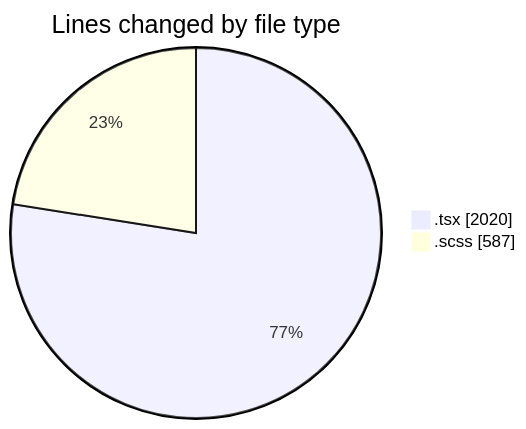
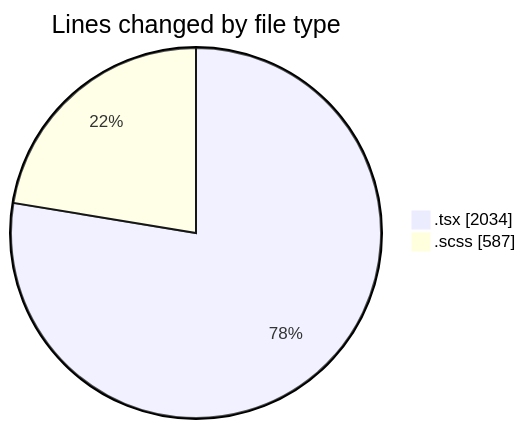
Before and after one commit to momahboobian/code-tracking: the first of 2 diagrams in 2025-04-07/cda/README.md, drawn with Mermaid. The commit also changed other lines of this file and 1 other file, not shown here.

````diff
--- a/2025-04-07/cda/README.md
+++ b/2025-04-07/cda/README.md
@@ -27,6 +27,6 @@
 ```mermaid
 pie showData
 title Lines changed by file type
-".tsx" : 2020
+".tsx" : 2034
 ".scss" : 587
 ```
````
